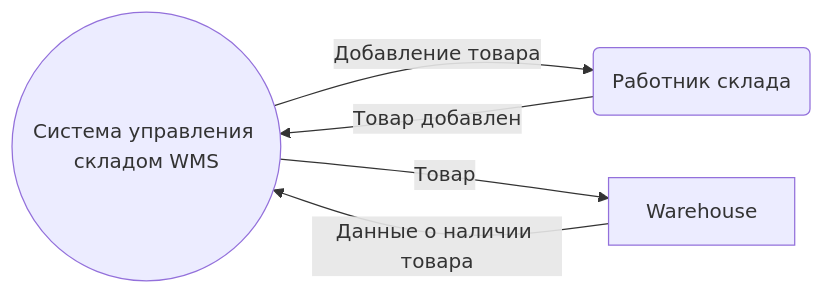
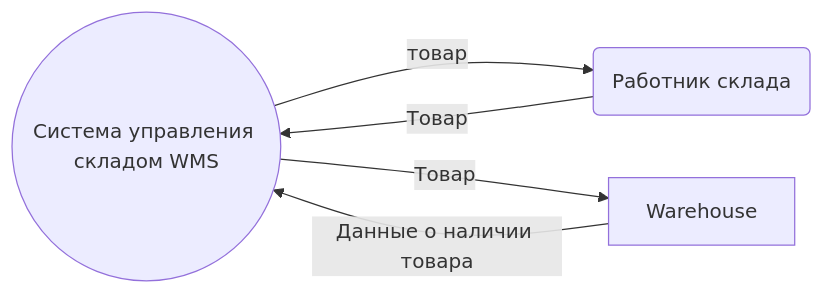
Before and after one commit to PortnovAlex80/node_js_pro: the first of 6 diagrams in README.md, drawn with Mermaid. The commit also changed other lines of this file, not shown here.

````diff
--- a/README.md
+++ b/README.md
@@ -263,7 +264,7 @@
 ```mermaid
 graph LR
-    id1((Система управления складом WMS)) -->|Добавление товара| id(Работник склада)
-	id(Работник склада)-->|Товар добавлен|id1((Система управления складом WMS))
+    id1((Система управления складом WMS)) -->| товар| id(Работник склада)
+	id(Работник склада)-->|Товар |id1((Система управления складом WMS))
     id1((Система управления складом WMS)) -->|Товар| Warehouse
     Warehouse -->|Данные о наличии товара|id1((Система управления складом WMS))
 ```
````
